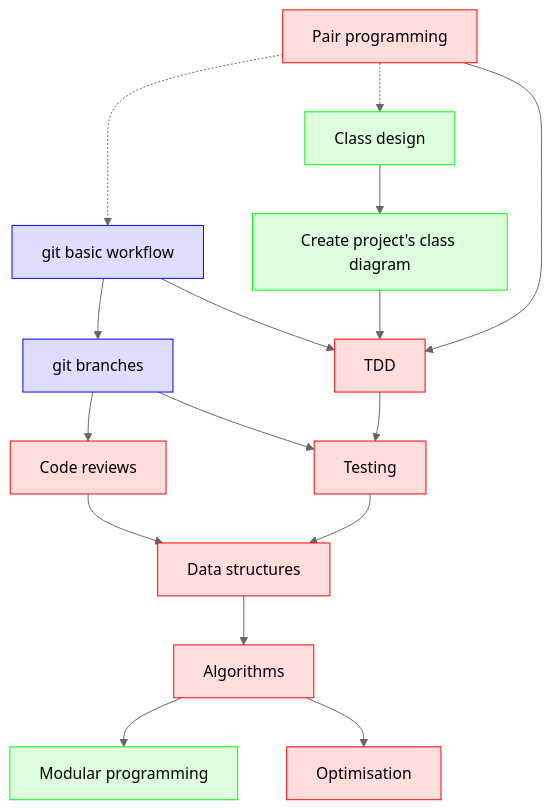
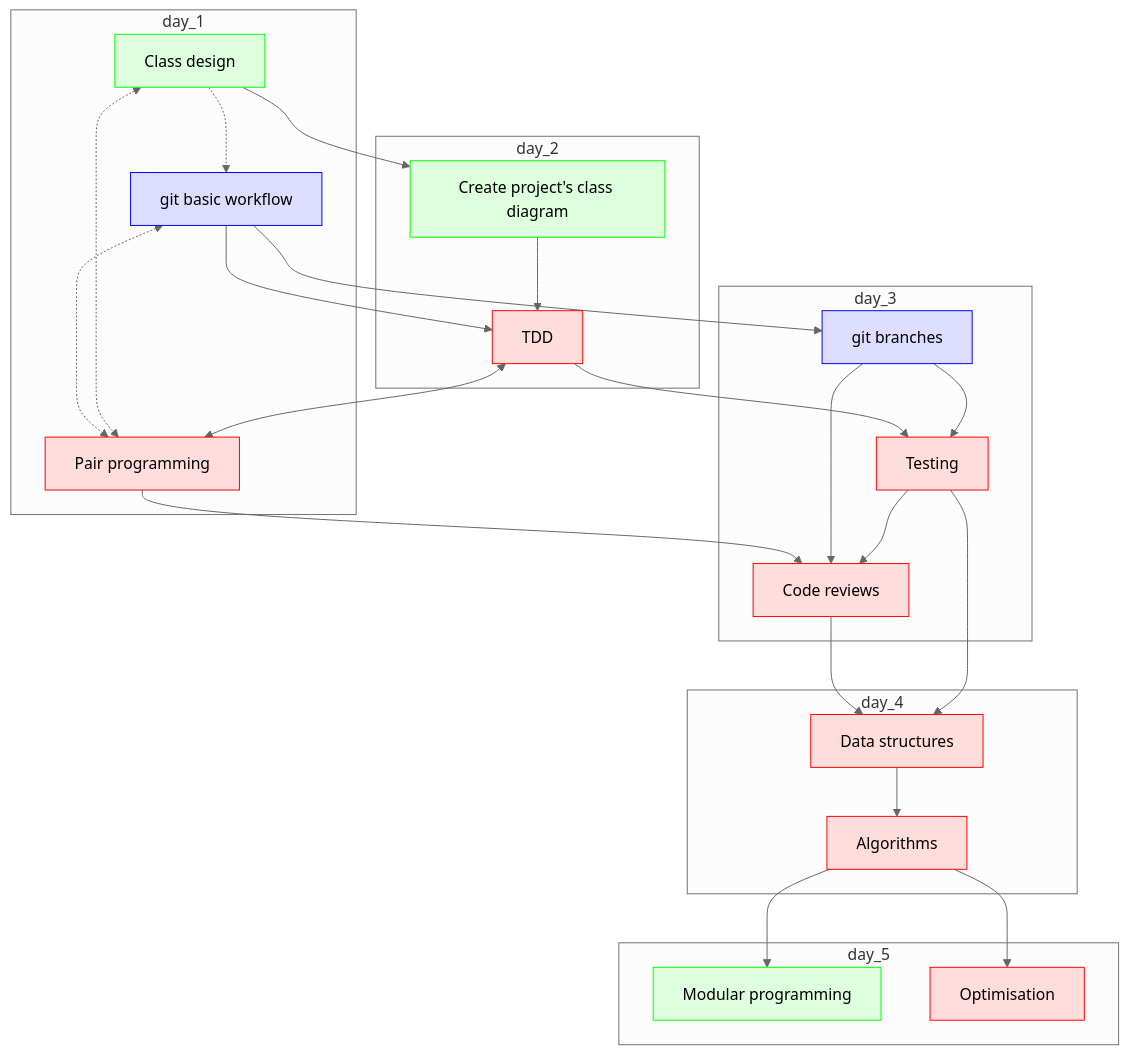
The diagram in lesson_plans/2024_autumn/README.md (UPPMAX/programming_formalisms), drawn with Mermaid (neutral theme) before and after one commit. The commit also changed other lines of this file, not shown here.

Commit message:
Sort per day

````diff
--- a/lesson_plans/2024_autumn/README.md
+++ b/lesson_plans/2024_autumn/README.md
@@ -10,36 +10,50 @@
 ```mermaid
 flowchart TD
 
   classDef bjorn_node fill:#ddf,color:#000,stroke:#00f
   classDef lars_node fill:#dfd,color:#000,stroke:#0f0
   classDef richel_node fill:#fdd,color:#000,stroke:#f00
 
-  pair_programming[Pair programming]:::richel_node
-  code_reviews[Code reviews]:::richel_node
-  git_basic[git basic workflow]:::bjorn_node
-  git_branches[git branches]:::bjorn_node
-  class_design[Class design]:::lars_node
-  class_diagram[Create project's class diagram]:::lars_node
-  tdd[TDD]:::richel_node
-  testing[Testing]:::richel_node
-  data_structures[Data structures]:::richel_node
-  algorithms[Algorithms]:::richel_node
-  modular_programming[Modular programming]:::lars_node
-  optimisation[Optimisation]:::richel_node
+  subgraph day_1
+    pair_programming[Pair programming]:::richel_node
+    git_basic[git basic workflow]:::bjorn_node
+    class_design[Class design]:::lars_node
+  end
+  subgraph day_2
+    class_diagram[Create project's class diagram]:::lars_node
+    tdd[TDD]:::richel_node
+  end
+  subgraph day_3
+    testing[Testing]:::richel_node
+    code_reviews[Code reviews]:::richel_node
+    git_branches[git branches]:::bjorn_node
+  end
+  subgraph day_4
+    data_structures[Data structures]:::richel_node
+    algorithms[Algorithms]:::richel_node
+  end
+  subgraph day_5
+    modular_programming[Modular programming]:::lars_node
+    optimisation[Optimisation]:::richel_node
+  end
 
-  pair_programming -.-> git_basic
-  pair_programming -.-> class_design
-  pair_programming --> tdd
+
+  class_design -.-> git_basic
+  git_basic <-.-> pair_programming
+  class_design <-.-> pair_programming
+  tdd <--> pair_programming
   git_basic --> git_branches
+  pair_programming --> code_reviews
   git_branches --> code_reviews
   class_design --> class_diagram
   class_diagram --> tdd
   git_basic --> tdd
   tdd --> testing
   git_branches --> testing
   code_reviews --> data_structures
   testing --> data_structures
+  testing --> code_reviews
   data_structures --> algorithms
   algorithms --> modular_programming
   algorithms --> optimisation
 ```
````
